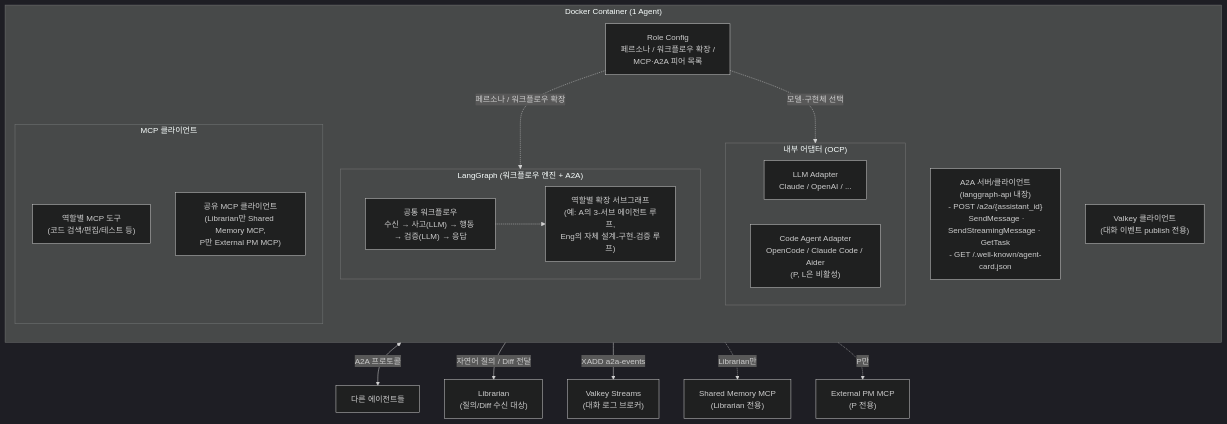
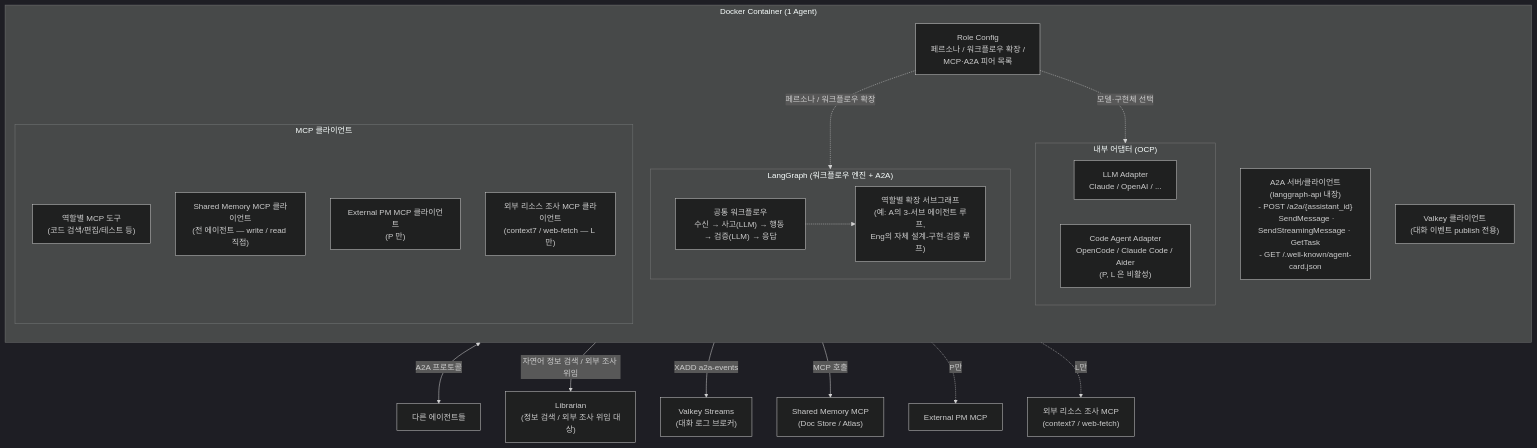
Before and after one commit to vonkernel/dev-team: the second of 13 diagrams in docs/proposal.md, drawn with Mermaid (dark theme). The commit also changed other lines of this file, not shown here.

````diff
--- a/docs/proposal.md
+++ b/docs/proposal.md
@@ -146,43 +146,47 @@
 ```mermaid
 graph TD
     subgraph Container["Docker Container (1 Agent)"]
         direction TB
         RoleConfig["Role Config<br/>페르소나 / 워크플로우 확장 /<br/>MCP·A2A 피어 목록"]
 
         subgraph LG["LangGraph (워크플로우 엔진 + A2A)"]
             Base["공통 워크플로우<br/>수신 → 사고(LLM) → 행동 → 검증(LLM) → 응답"]
             Ext["역할별 확장 서브그래프<br/>(예: A의 3-서브 에이전트 루프,<br/>Eng의 자체 설계-구현-검증 루프)"]
             Base -.-> Ext
         end
 
         subgraph Adapters["내부 어댑터 (OCP)"]
             LLMAdapter["LLM Adapter<br/>Claude / OpenAI / ..."]
-            CodeAdapter["Code Agent Adapter<br/>OpenCode / Claude Code / Aider<br/>(P, L은 비활성)"]
+            CodeAdapter["Code Agent Adapter<br/>OpenCode / Claude Code / Aider<br/>(P, L 은 비활성)"]
         end
 
         subgraph LocalMCP["MCP 클라이언트"]
             RoleMCP["역할별 MCP 도구<br/>(코드 검색/편집/테스트 등)"]
-            SharedMcpClient["공유 MCP 클라이언트<br/>(Librarian만 Shared Memory MCP,<br/>P만 External PM MCP)"]
+            SharedMemClient["Shared Memory MCP 클라이언트<br/>(전 에이전트 — write / read 직접)"]
+            ExtPmClient["External PM MCP 클라이언트<br/>(P 만)"]
+            ResearchClient["외부 리소스 조사 MCP 클라이언트<br/>(context7 / web-fetch — L 만)"]
         end
 
         A2A["A2A 서버/클라이언트<br/>(langgraph-api 내장)<br/>- POST /a2a/{assistant_id}<br/>&nbsp;&nbsp;SendMessage · SendStreamingMessage · GetTask<br/>- GET /.well-known/agent-card.json"]
         BrokerClient["Valkey 클라이언트<br/>(대화 이벤트 publish 전용)"]
     end
 
     Peers["다른 에이전트들"]
-    Librarian["Librarian<br/>(질의/Diff 수신 대상)"]
+    Librarian["Librarian<br/>(정보 검색 / 외부 조사 위임 대상)"]
     Broker["Valkey Streams<br/>(대화 로그 브로커)"]
-    SharedMemMCP["Shared Memory MCP<br/>(Librarian 전용)"]
-    ExtPmMCP["External PM MCP<br/>(P 전용)"]
+    SharedMemMCP["Shared Memory MCP<br/>(Doc Store / Atlas)"]
+    ExtPmMCP["External PM MCP"]
+    ResearchMCP["외부 리소스 조사 MCP<br/>(context7 / web-fetch)"]
 
     RoleConfig -.페르소나 / 워크플로우 확장.-> LG
     RoleConfig -.모델·구현체 선택.-> Adapters
     %% LocalMCP, A2A는 RoleConfig의 목록을 읽어 초기화 (자명하므로 엣지 생략)
     %% BrokerClient는 RoleConfig와 무관 — 환경변수로 Valkey 설정 주입
 
     A2A <-->|A2A 프로토콜| Peers
-    A2A -->|자연어 질의 / Diff 전달| Librarian
+    A2A -->|자연어 정보 검색 / 외부 조사 위임| Librarian
     BrokerClient -->|XADD a2a-events| Broker
-    SharedMcpClient -.Librarian만.-> SharedMemMCP
-    SharedMcpClient -.P만.-> ExtPmMCP
+    SharedMemClient -->|MCP 호출| SharedMemMCP
+    ExtPmClient -.P만.-> ExtPmMCP
+    ResearchClient -.L만.-> ResearchMCP
 ```
````
